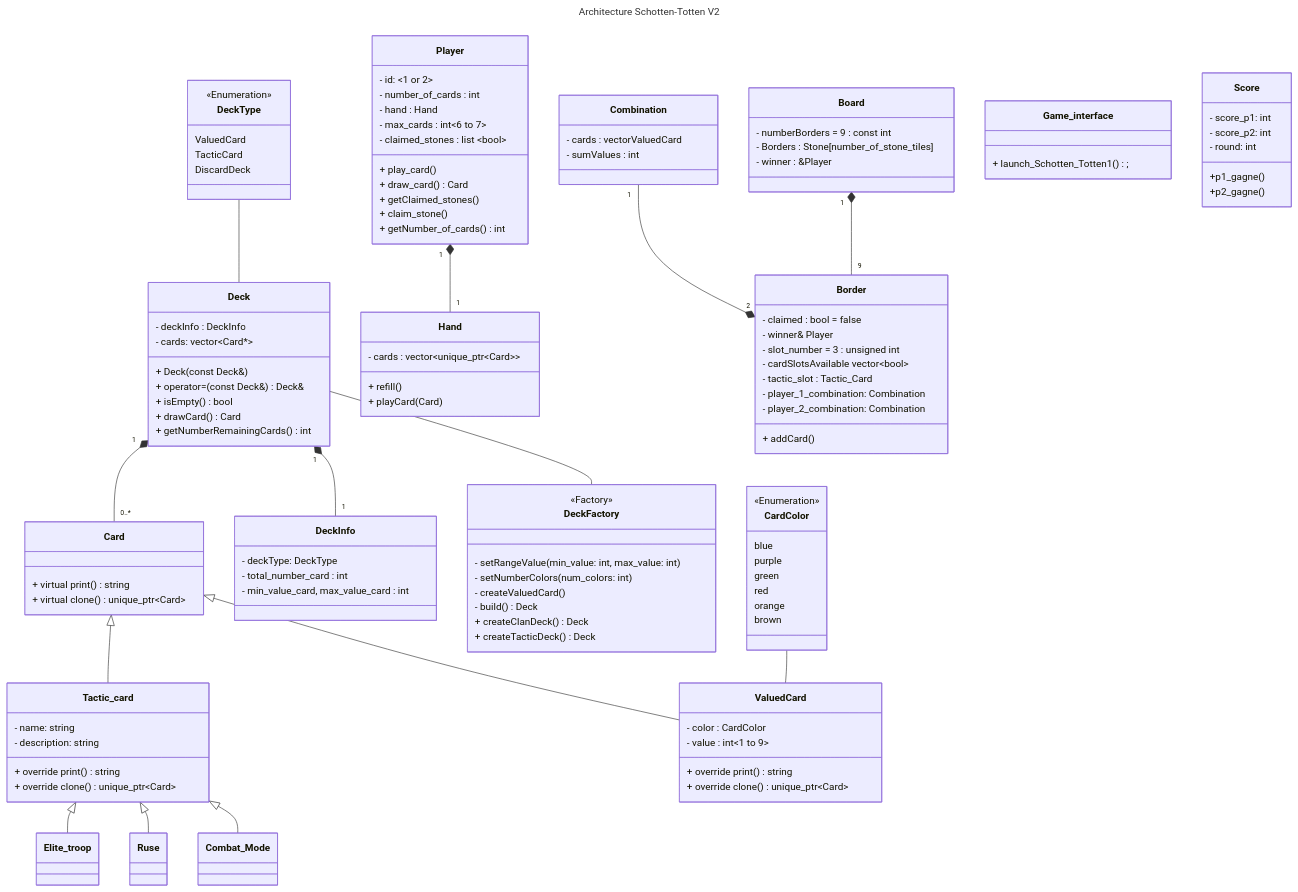
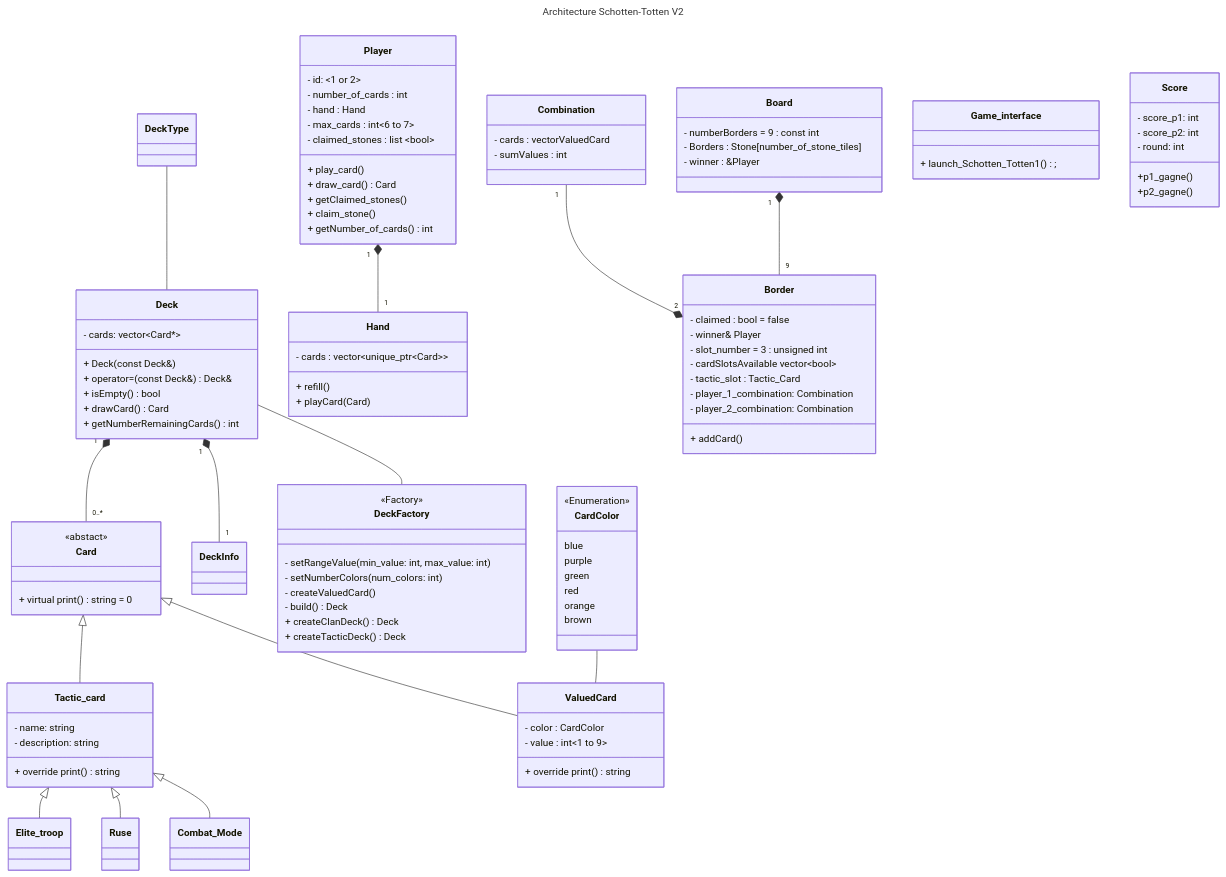
One commit to kilaposhi/Schotten-Totten changed the diagram in README.md. Above: the diagram before and after it, drawn with Mermaid.

````diff
--- a/README.md
+++ b/README.md
@@ -62,8 +62,8 @@
   }
 
   class Card {
-    + virtual print() string
-    + virtual clone() unique_ptr~Card~
+      <<abstact>>
+    + virtual print() string = 0
   }
 
 
@@ -71,14 +71,12 @@
     - color : CardColor
     - value : int<1 to 9>
     + override print() string
-    + override clone() unique_ptr~Card~
   }
 
   class Tactic_card{
     - name: string
     - description: string
     + override print() string
-    + override clone() unique_ptr~Card~
   }
 
 
@@ -124,19 +122,12 @@
   }
 
   class Deck{
-    - deckInfo : DeckInfo
     - cards: vector~Card*~
     + Deck(const Deck&)
     + operator=(const Deck&) Deck&
     + isEmpty() bool
     + drawCard() Card
     + getNumberRemainingCards() int
-  }
-
-  class DeckInfo {
-    - deckType: DeckType
-    - total_number_card : int
-    - min_value_card, max_value_card : int
   }
 
 
@@ -170,12 +161,5 @@
     brown
   }
 
-  class DeckType{
-    <<Enumeration>>
-    ValuedCard
-    TacticCard
-    DiscardDeck
-  }
-
 
 ```
````
